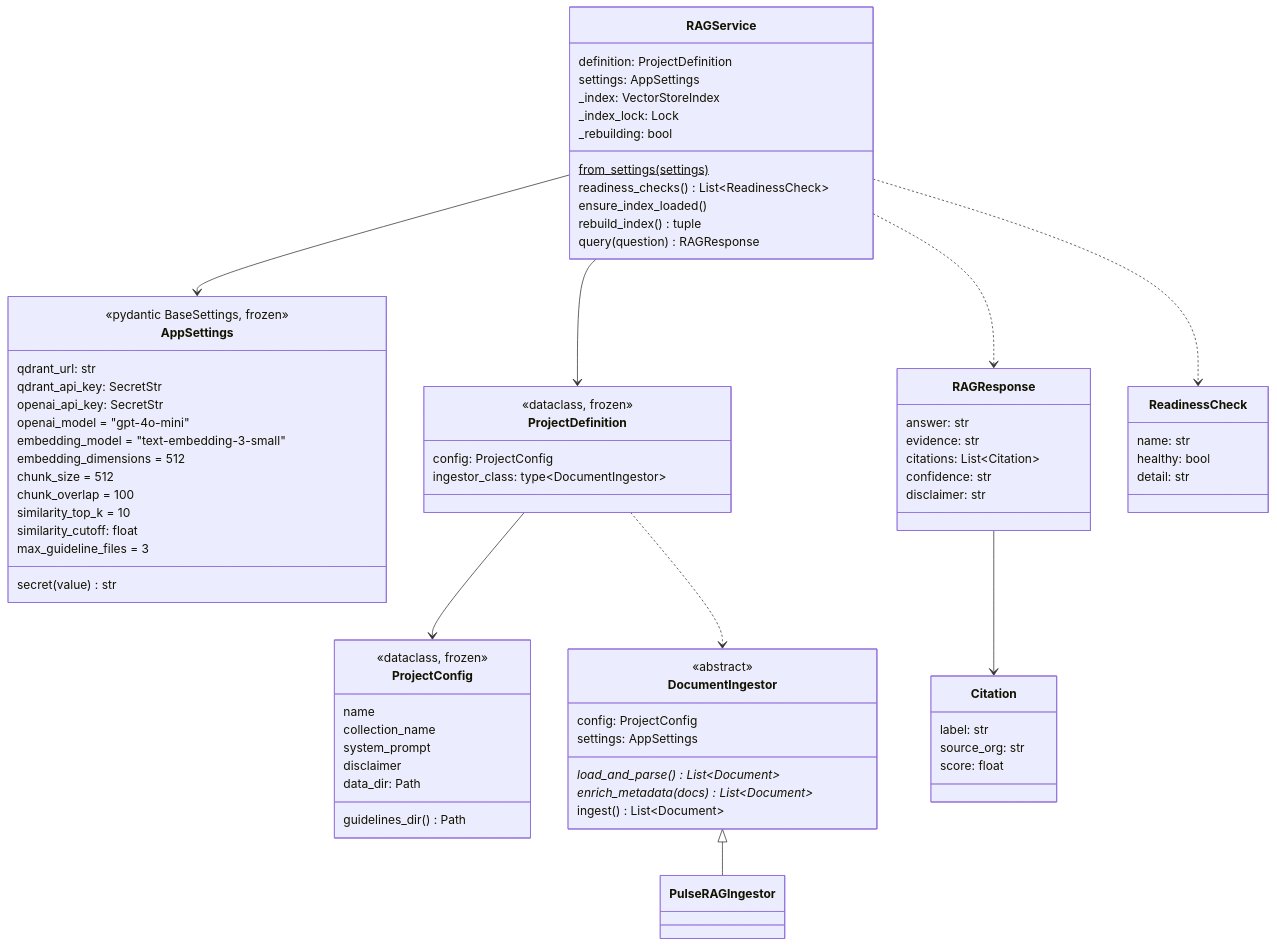
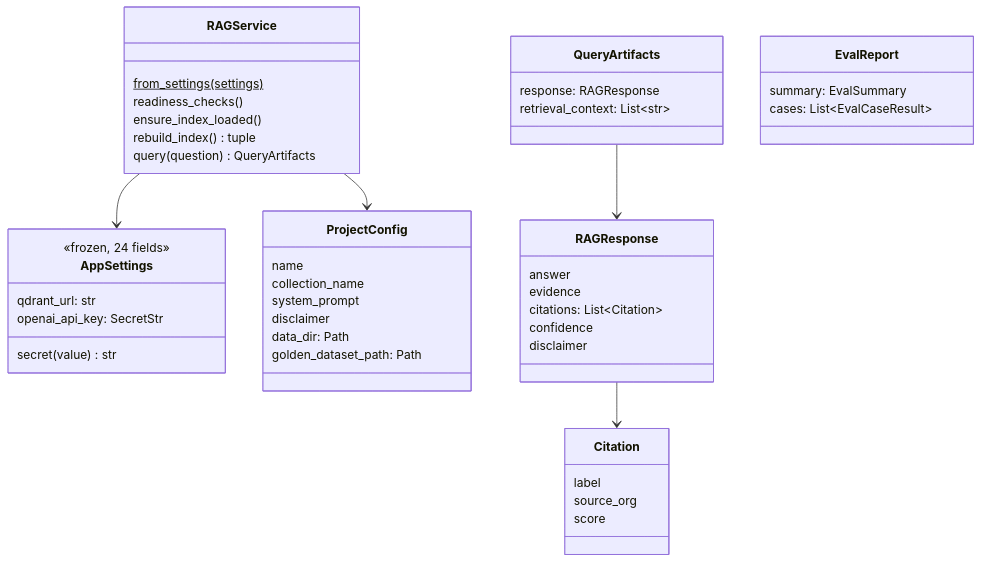
Before and after one commit to abhishek-tiwari-nitrr/PulseRAG: the diagram in docs/LLD.md, drawn with Mermaid. The commit also changed other lines of this file and 6 other files, not shown here.

````diff
--- a/docs/LLD.md
+++ b/docs/LLD.md
@@ -43,79 +49,48 @@
 ```mermaid
 classDiagram
     class AppSettings {
-        <<pydantic BaseSettings, frozen>>
+        <<frozen, 24 fields>>
         qdrant_url: str
-        qdrant_api_key: SecretStr
         openai_api_key: SecretStr
-        openai_model = "gpt-4o-mini"
-        embedding_model = "text-embedding-3-small"
-        embedding_dimensions = 512
-        chunk_size = 512
-        chunk_overlap = 100
-        similarity_top_k = 10
-        similarity_cutoff: float
-        max_guideline_files = 3
         secret(value) str
     }
     class ProjectConfig {
-        <<dataclass, frozen>>
         name
         collection_name
         system_prompt
         disclaimer
         data_dir: Path
-        guidelines_dir() Path
-    }
-    class DocumentIngestor {
-        <<abstract>>
-        config: ProjectConfig
-        settings: AppSettings
-        load_and_parse()* List~Document~
-        enrich_metadata(docs)* List~Document~
-        ingest() List~Document~
-    }
-    class PulseRAGIngestor
-    class ProjectDefinition {
-        <<dataclass, frozen>>
-        config: ProjectConfig
-        ingestor_class: type~DocumentIngestor~
+        golden_dataset_path: Path
     }
     class RAGService {
-        definition: ProjectDefinition
-        settings: AppSettings
-        _index: VectorStoreIndex
-        _index_lock: Lock
-        _rebuilding: bool
         from_settings(settings)$
-        readiness_checks() List~ReadinessCheck~
+        readiness_checks()
         ensure_index_loaded()
         rebuild_index() tuple
-        query(question) RAGResponse
+        query(question) QueryArtifacts
     }
     class RAGResponse {
-        answer: str
-        evidence: str
+        answer
+        evidence
         citations: List~Citation~
-        confidence: str
-        disclaimer: str
+        confidence
+        disclaimer
     }
     class Citation {
-        label: str
-        source_org: str
-        score: float
+        label
+        source_org
+        score
     }
-    class ReadinessCheck {
-        name: str
-        healthy: bool
-        detail: str
+    RAGService --> ProjectConfig
+    RAGService --> AppSettings
+    RAGResponse --> Citation
+    class QueryArtifacts {
+        response: RAGResponse
+        retrieval_context: List~str~
     }
-
-    DocumentIngestor <|-- PulseRAGIngestor
-    ProjectDefinition --> ProjectConfig
-    ProjectDefinition ..> DocumentIngestor
-    RAGService --> ProjectDefinition
-    RAGService --> AppSettings
-    RAGService ..> RAGResponse
-    RAGService ..> ReadinessCheck
-    RAGResponse --> Citation
+    class EvalReport {
+        summary: EvalSummary
+        cases: List~EvalCaseResult~
+    }
+    QueryArtifacts --> RAGResponse
 ```
````
